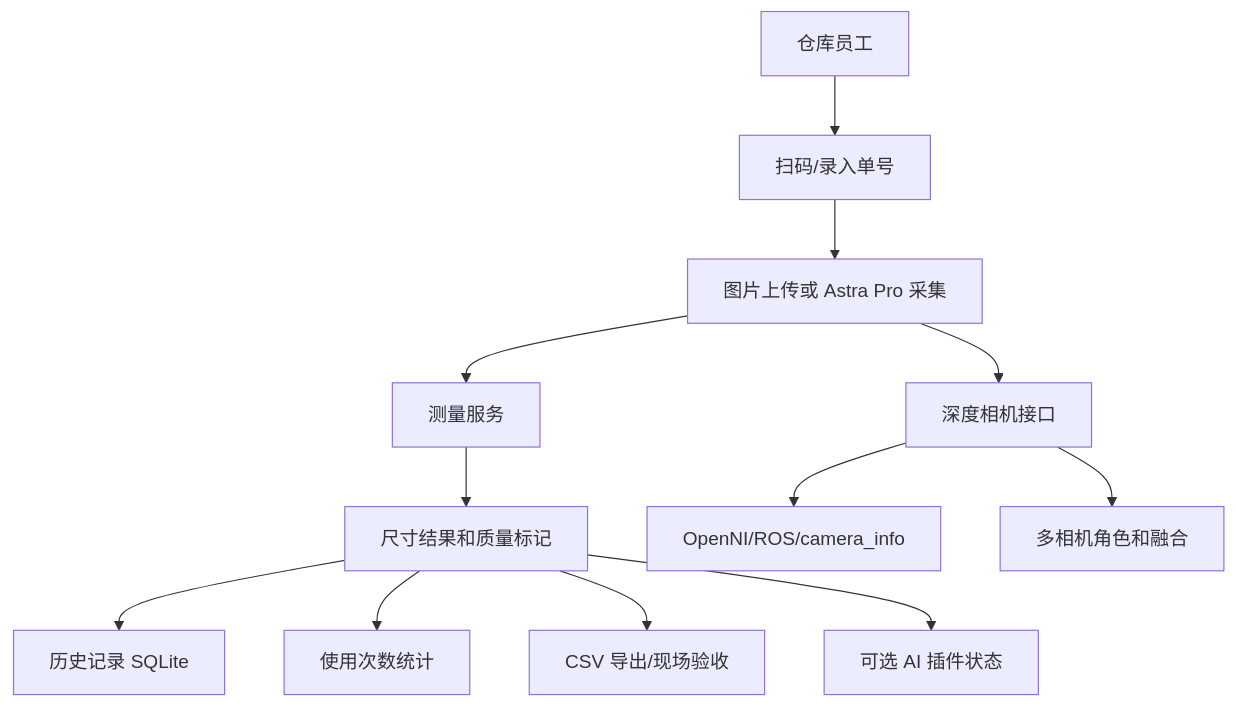
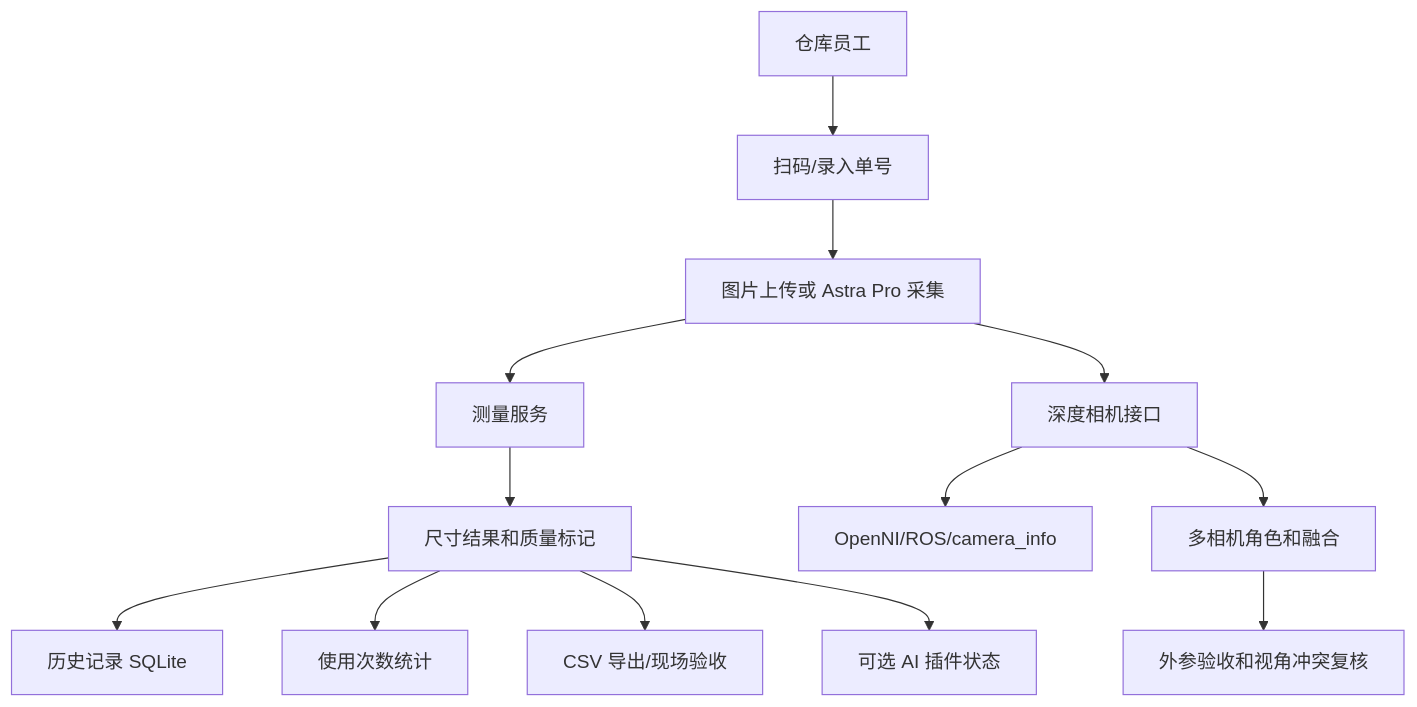
One commit to BilibiliSZdaomei/packvision changed the diagram in README.md. Above: the diagram before and after it, drawn with Mermaid. The commit also changed other lines of this file and 11 other files, not shown here.

````diff
--- a/README.md
+++ b/README.md
@@ -238,14 +239,15 @@
 ```mermaid
 flowchart TD
   A["仓库员工"] --> B["扫码/录入单号"]
   B --> C["图片上传或 Astra Pro 采集"]
   C --> D["测量服务"]
   D --> E["尺寸结果和质量标记"]
   E --> F["历史记录 SQLite"]
   E --> G["使用次数统计"]
   E --> H["CSV 导出/现场验收"]
   C --> I["深度相机接口"]
   I --> J["OpenNI/ROS/camera_info"]
   I --> K["多相机角色和融合"]
   E --> L["可选 AI 插件状态"]
+  K --> M["外参验收和视角冲突复核"]
 ```
````
